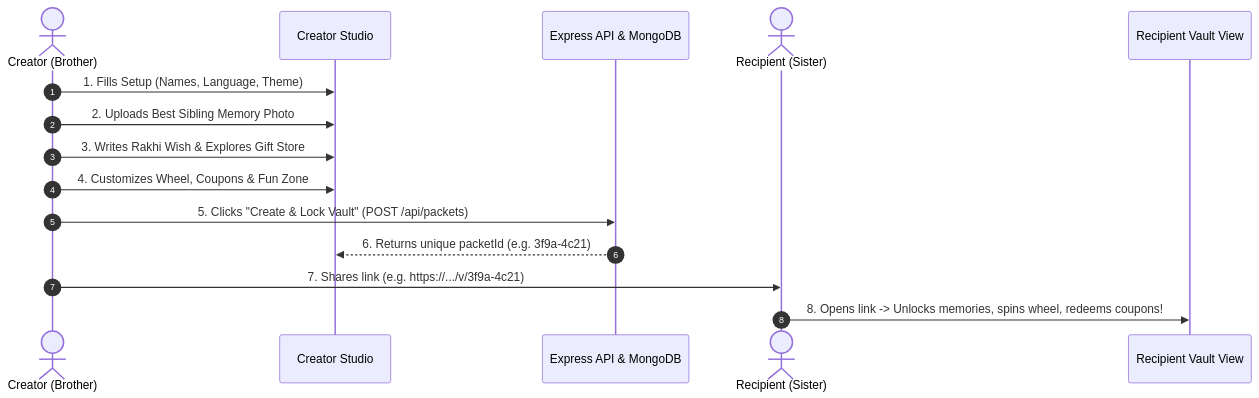
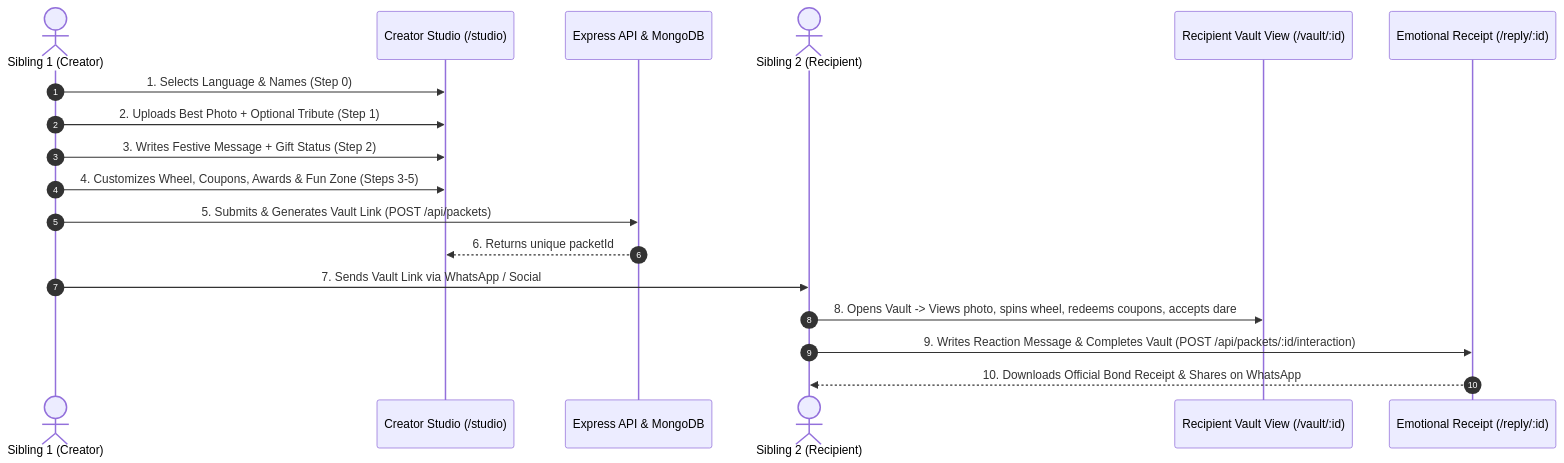
One commit to onemoremohit/my-sibling-vault changed the second of 2 diagrams in PROJECT_DOCUMENTATION.md. Above: the diagram before and after it, drawn with Mermaid. The commit also changed other lines of this file and 18 other files, not shown here.

````diff
--- a/PROJECT_DOCUMENTATION.md
+++ b/PROJECT_DOCUMENTATION.md
@@ -60,18 +70,21 @@
 ```mermaid
 sequenceDiagram
     autonumber
-    actor Brother as Creator (Brother)
-    participant Studio as Creator Studio
-    participant Backend as Express API & MongoDB
-    actor Sister as Recipient (Sister)
-    participant Vault as Recipient Vault View
+    actor Creator as Sibling 1 (Creator)
+    participant Studio as Creator Studio (/studio)
+    participant API as Express API & MongoDB
+    actor Recipient as Sibling 2 (Recipient)
+    participant Vault as Recipient Vault View (/vault/:id)
+    participant Receipt as Emotional Receipt (/reply/:id)
 
-    Brother->>Studio: 1. Fills Setup (Names, Language, Theme)
-    Brother->>Studio: 2. Uploads Best Sibling Memory Photo
-    Brother->>Studio: 3. Writes Rakhi Wish & Explores Gift Store
-    Brother->>Studio: 4. Customizes Wheel, Coupons & Fun Zone
-    Brother->>Backend: 5. Clicks "Create & Lock Vault" (POST /api/packets)
-    Backend-->>Studio: 6. Returns unique packetId (e.g. 3f9a-4c21)
-    Brother->>Sister: 7. Shares link (e.g. https://.../v/3f9a-4c21)
-    Sister->>Vault: 8. Opens link -> Unlocks memories, spins wheel, redeems coupons!
+    Creator->>Studio: 1. Selects Language & Names (Step 0)
+    Creator->>Studio: 2. Uploads Best Photo + Optional Tribute (Step 1)
+    Creator->>Studio: 3. Writes Festive Message + Gift Status (Step 2)
+    Creator->>Studio: 4. Customizes Wheel, Coupons, Awards & Fun Zone (Steps 3-5)
+    Creator->>API: 5. Submits & Generates Vault Link (POST /api/packets)
+    API-->>Studio: 6. Returns unique packetId
+    Creator->>Recipient: 7. Sends Vault Link via WhatsApp / Social
+    Recipient->>Vault: 8. Opens Vault -> Views photo, spins wheel, redeems coupons, accepts dare
+    Recipient->>Receipt: 9. Writes Reaction Message & Completes Vault (POST /api/packets/:id/interaction)
+    Receipt-->>Recipient: 10. Downloads Official Bond Receipt & Shares on WhatsApp
 ```
````
